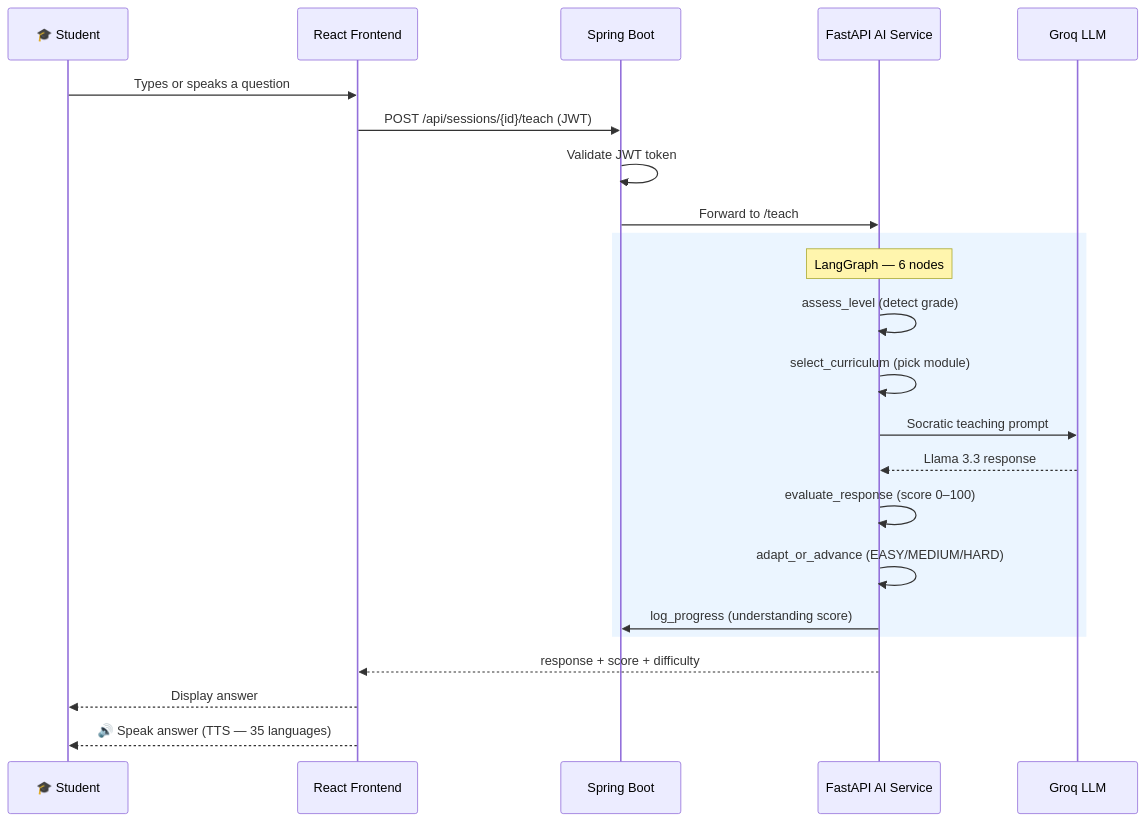
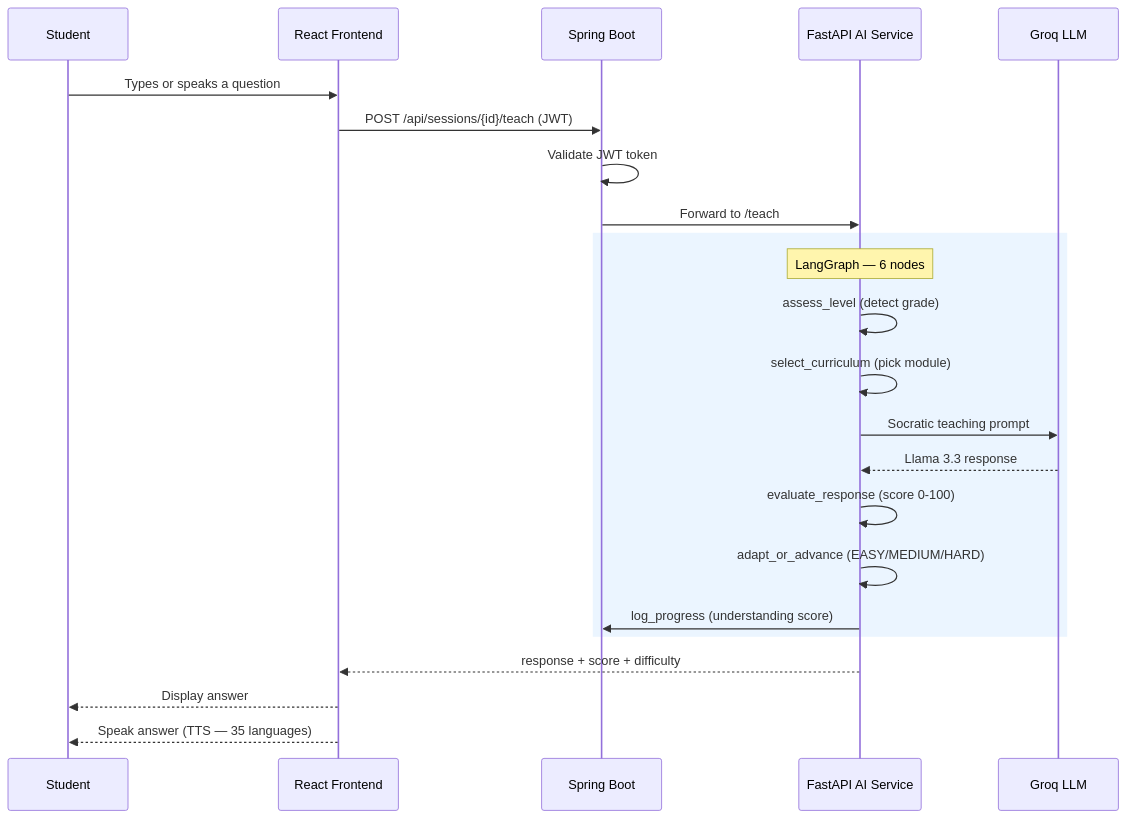
Before and after one commit to bkumars22/ARIA: the second of 5 diagrams in README.md, drawn with Mermaid. The commit also changed other lines of this file, not shown here.

````diff
--- a/README.md
+++ b/README.md
@@ -288,28 +286,28 @@
 ```mermaid
 sequenceDiagram
-    participant S  as 🎓 Student
+    participant S  as Student
     participant FE as React Frontend
     participant BE as Spring Boot
     participant AI as FastAPI AI Service
     participant G  as Groq LLM
 
     S->>FE: Types or speaks a question
     FE->>BE: POST /api/sessions/{id}/teach (JWT)
     BE->>BE: Validate JWT token
     BE->>AI: Forward to /teach
 
     rect rgb(235, 245, 255)
         note over AI: LangGraph — 6 nodes
         AI->>AI: assess_level (detect grade)
         AI->>AI: select_curriculum (pick module)
         AI->>G:  Socratic teaching prompt
         G-->>AI: Llama 3.3 response
-        AI->>AI: evaluate_response (score 0–100)
+        AI->>AI: evaluate_response (score 0-100)
         AI->>AI: adapt_or_advance (EASY/MEDIUM/HARD)
         AI->>BE: log_progress (understanding score)
     end
 
     AI-->>FE: response + score + difficulty
     FE-->>S: Display answer
-    FE-->>S: 🔊 Speak answer (TTS — 35 languages)
+    FE-->>S: Speak answer (TTS — 35 languages)
 ```
````
